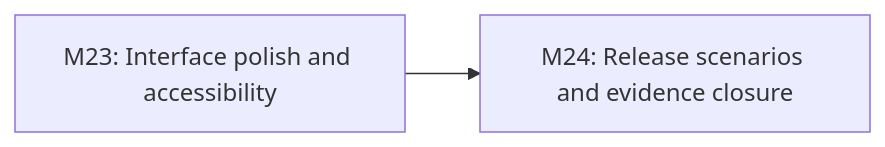
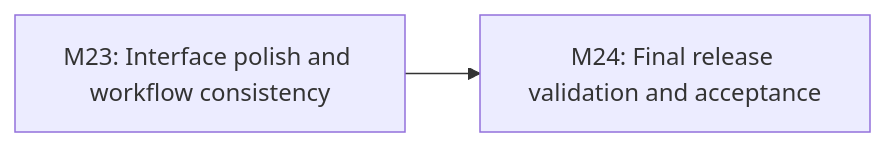
Before and after one commit to ekamal22/HarborOps-Enterprise-Maritime-Logistics-IT-Operations-Platform: the seventh of 32 diagrams in docs/EXECUTION_GRAPH.md, drawn with Mermaid. The commit also changed other lines of this file, not shown here.

Commit message:
Move accessibility audit to final M24 execution graph gate

````diff
--- a/docs/EXECUTION_GRAPH.md
+++ b/docs/EXECUTION_GRAPH.md
@@ -103,6 +103,6 @@
 ```mermaid
 flowchart LR
-  G23["M23: Interface polish and accessibility"]
-  G24["M24: Release scenarios and evidence closure"]
+  G23["M23: Interface polish and workflow consistency"]
+  G24["M24: Final release validation and acceptance"]
   G23 --> G24
 ```
````
